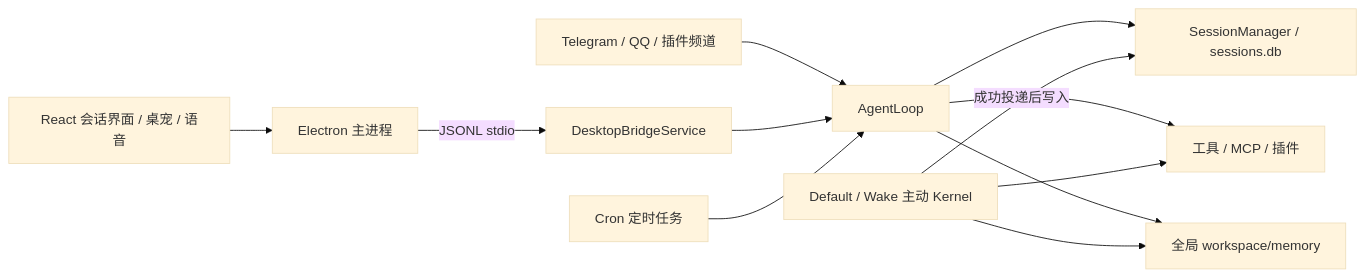
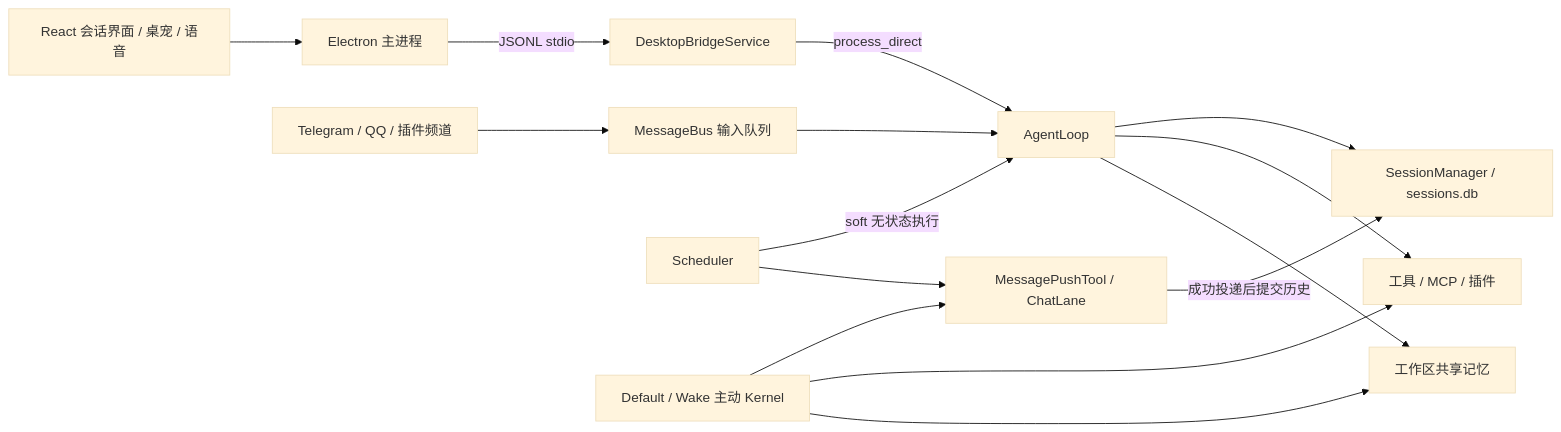
Before and after one commit to jackeyfaker77/kaze-agent: the diagram in README.md, drawn with Mermaid (base theme). The commit also changed other lines of this file and 97 other files, not shown here.

First line of the commit message:
feat: add calendar and device MCP integrations with proactive fixes

````diff
--- a/README.md
+++ b/README.md
@@ -24,14 +24,17 @@
 ```mermaid
 flowchart LR
-  UI[React 会话界面 / 桌宠 / 语音] --> Electron[Electron 主进程]
-  Electron -->|JSONL stdio| Bridge[DesktopBridgeService]
-  Channels[Telegram / QQ / 插件频道] --> Agent[AgentLoop]
-  Bridge --> Agent
-  Agent --> Sessions[SessionManager / sessions.db]
-  Agent --> Tools[工具 / MCP / 插件]
-  Agent --> Memory[全局 workspace/memory]
-  Tasks[Cron 定时任务] --> Agent
-  Proactive[Default / Wake 主动 Kernel] -->|成功投递后写入| Sessions
+  UI["React 会话界面 / 桌宠 / 语音"] --> Electron["Electron 主进程"]
+  Electron -->|JSONL stdio| Bridge["DesktopBridgeService"]
+  Channels["Telegram / QQ / 插件频道"] --> Bus["MessageBus 输入队列"]
+  Bus --> Agent["AgentLoop"]
+  Bridge -->|process_direct| Agent
+  Agent --> Sessions["SessionManager / sessions.db"]
+  Agent --> Tools["工具 / MCP / 插件"]
+  Agent --> Memory["工作区共享记忆"]
+  Tasks["Scheduler"] -->|soft 无状态执行| Agent
+  Tasks --> Push["MessagePushTool / ChatLane"]
+  Proactive["Default / Wake 主动 Kernel"] --> Push
   Proactive --> Tools
   Proactive --> Memory
+  Push -->|成功投递后提交历史| Sessions
 ```
````
